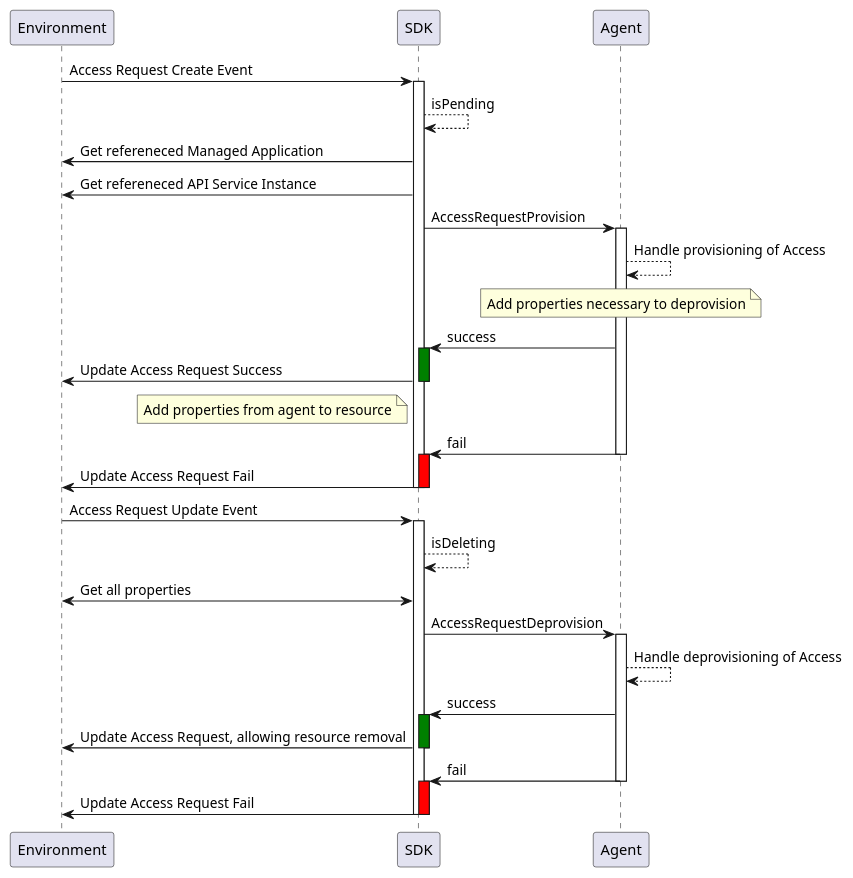
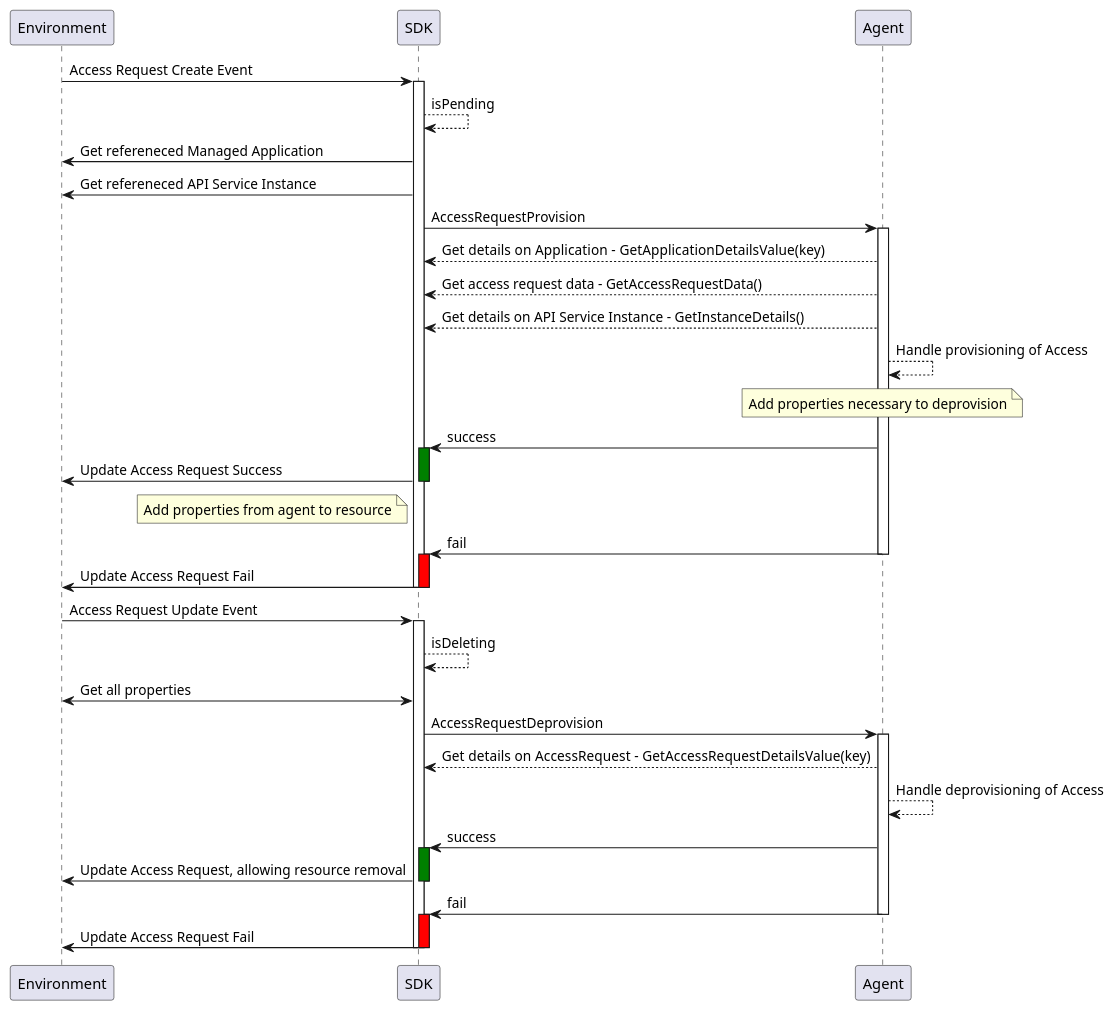
One commit to Axway/agent-sdk changed the diagram in docs/discovery/accessrequest.puml. Above: the diagram before and after it, drawn with PlantUML. The commit also changed 6 other files, not shown here.

```diff
--- a/docs/discovery/accessrequest.puml
+++ b/docs/discovery/accessrequest.puml
@@ -1,62 +1,66 @@
 @startuml
 participant Environment as env
 participant SDK as sdk 
 participant Agent as agent
 
 'Provision Access Request
 
 env -> sdk: Access Request Create Event
 activate sdk
 sdk --> sdk: isPending
 sdk -> env: Get refereneced Managed Application
 sdk -> env: Get refereneced API Service Instance
 
 sdk -> agent: AccessRequestProvision
 activate agent
 
+agent --> sdk: Get details on Application  - GetApplicationDetailsValue(key)
+agent --> sdk: Get access request data - GetAccessRequestData()
+agent --> sdk: Get details on API Service Instance - GetInstanceDetails()
 agent --> agent: Handle provisioning of Access
 note over agent: Add properties necessary to deprovision
 
 agent -> sdk: success
 activate sdk #green
 
 sdk -> env: Update Access Request Success
 deactivate sdk
 note left sdk: Add properties from agent to resource
 
 agent -> sdk: fail
 deactivate agent
 activate sdk #red
 
 sdk -> env: Update Access Request Fail
 deactivate sdk
 
 deactivate sdk
 
 'Deprovision Access Request
 
 env -> sdk: Access Request Update Event
 activate sdk
 sdk --> sdk: isDeleting
 sdk <-> env: Get all properties
 
 sdk -> agent: AccessRequestDeprovision
 activate agent
 
+agent --> sdk: Get details on AccessRequest  - GetAccessRequestDetailsValue(key)
 agent --> agent: Handle deprovisioning of Access
 
 agent -> sdk: success
 activate sdk #green
 
 sdk -> env: Update Access Request, allowing resource removal
 deactivate sdk
 
 agent -> sdk: fail
 deactivate agent
 activate sdk #red
 
 sdk -> env: Update Access Request Fail
 deactivate sdk
 
 deactivate sdk
 @enduml
```
